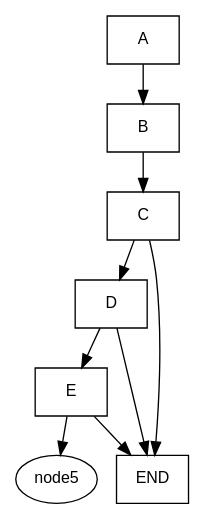
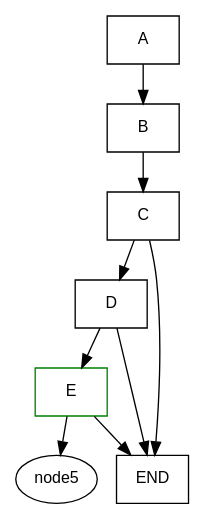
Before and after one commit to samsepi0x0/trie-visualize: the diagram in build/tri.dot, drawn with Graphviz. The commit also changed 7 other files, not shown here.

Commit message:
Changes: 	1. Removed extra libraries 	2. Highlighted endNotes to show word end. Need to remove "node<integer>" from the graph. Possible fix: check for outgoing edges and map those nodes as END. Or remove the concept of end nodes.

```diff
--- a/build/tri.dot
+++ b/build/tri.dot
@@ -1,43 +1,44 @@
 digraph g { 
 
 fontname="Helvetica,Arial,sans-serif" 
 node [fontname="Helvetica,Arial,sans-serif"] 
 edge [fontname="Helvetica,Arial,sans-serif"] 
 graph [nodesep=0.2, ranksep=0.4];
 graph [ rankdir = "TB" ]; 
 node [ 
 fontsize = "12"
 shape = "ellipse"
 ]; 
 edge []; 
 "node4" [ 
 label = "{ <f4> E }"
 shape = "record"
+color = "green"
 ];
 "node3" [ 
 label = "{ <f3> D }"
 shape = "record"
 ];
 "node2" [ 
 label = "{ <f2> C }"
 shape = "record"
 ];
 "node1" [ 
 label = "{ <f1> B }"
 shape = "record"
 ];
 "node0" [ 
 label = "{ <f0> A }"
 shape = "record"
 ];
  "NULL_NODE" [label="END", shape=box]; 
 "node0":f0 -> "node1" [ id = 0 ];
 "node1":f1 -> "node2" [ id = 1 ];
 "node2":f2 -> "node3" [ id = 2 ];
 "node2":f2 -> "NULL_NODE";
 "node3":f3 -> "node4" [ id = 3 ];
 "node3":f3 -> "NULL_NODE";
 "node4":f4 -> "node5" [ id = 4 ];
 "node4":f4 -> "NULL_NODE";
 
 }
```
